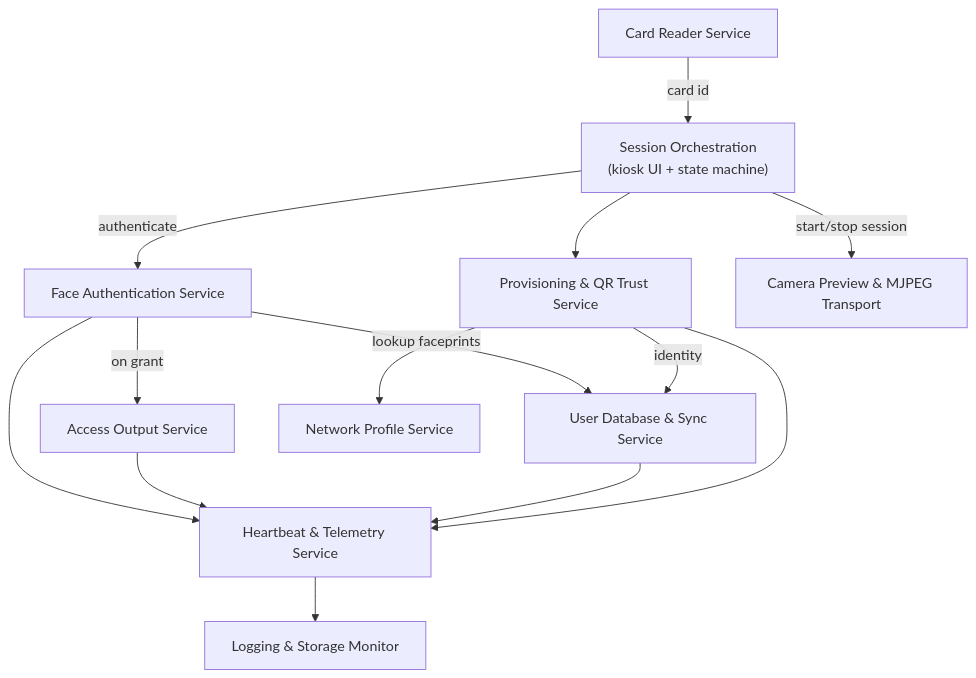
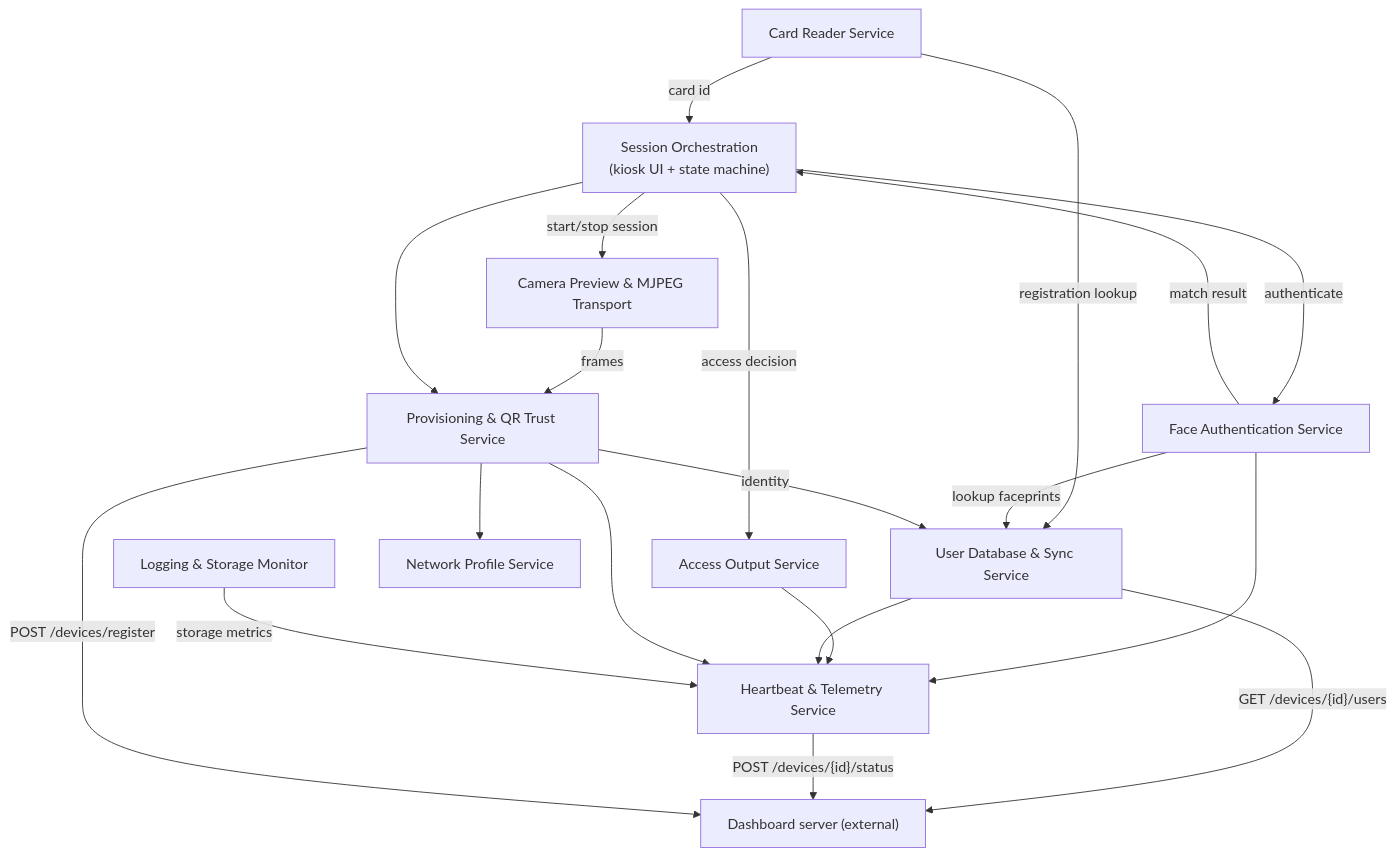
Before and after one commit to gekakud/RSID_Face_Guard: the third of 3 diagrams in SOFTWARE_REQUIREMENTS.md, drawn with Mermaid. The commit also changed other lines of this file, not shown here.

````diff
--- a/SOFTWARE_REQUIREMENTS.md
+++ b/SOFTWARE_REQUIREMENTS.md
@@ -276,27 +297,34 @@
 ```mermaid
 flowchart TD
     UI["Session Orchestration<br/>(kiosk UI + state machine)"]
     FA["Face Authentication Service"]
     CR["Card Reader Service"]
     AO["Access Output Service"]
     DB["User Database & Sync Service"]
     PR["Provisioning & QR Trust Service"]
     NET["Network Profile Service"]
     HB["Heartbeat & Telemetry Service"]
     LOG["Logging & Storage Monitor"]
     CAM["Camera Preview & MJPEG Transport"]
+    S["Dashboard server (external)"]
 
     CR -->|card id| UI
+    CR -->|registration lookup| DB
     UI -->|start/stop session| CAM
     UI -->|authenticate| FA
     FA -->|lookup faceprints| DB
-    FA -->|on grant| AO
+    FA -->|match result| UI
+    UI -->|access decision| AO
+    CAM -->|frames| PR
     PR -->|identity| DB
     PR --> NET
     UI --> PR
     FA --> HB
     AO --> HB
     DB --> HB
     PR --> HB
-    HB --> LOG
+    LOG -->|storage metrics| HB
+    DB -->|"GET /devices/{id}/users"| S
+    HB -->|"POST /devices/{id}/status"| S
+    PR -->|"POST /devices/register"| S
 ```
````
